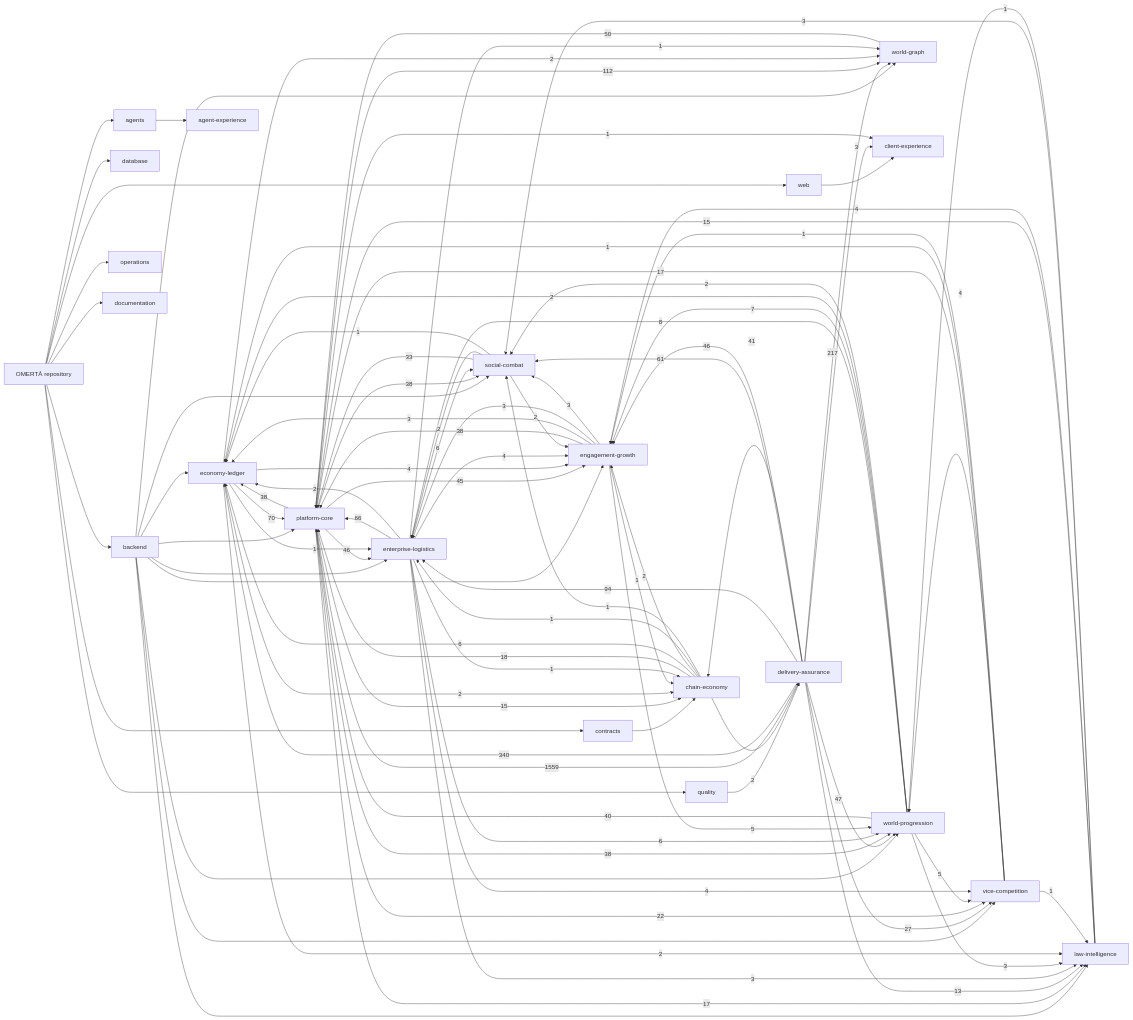
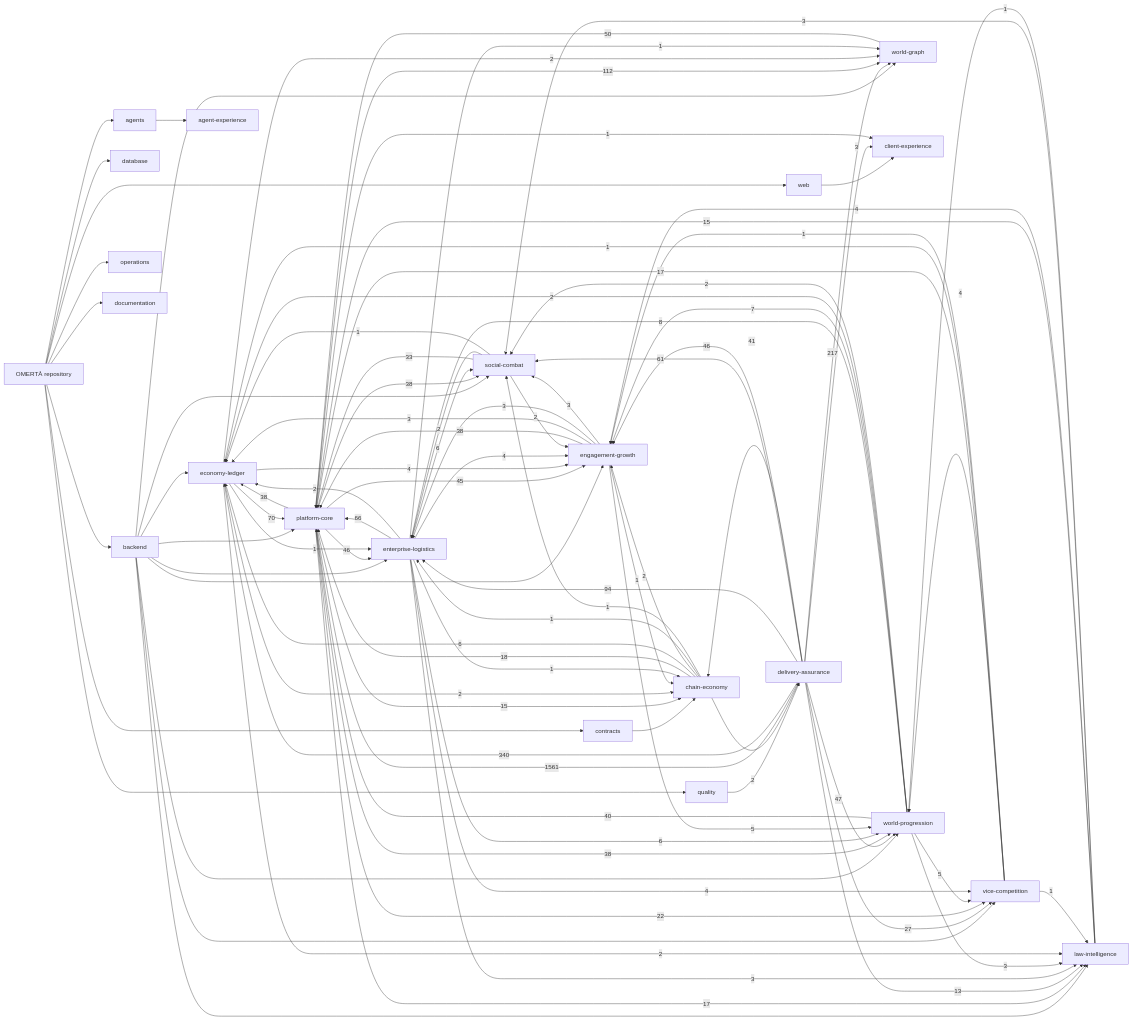
Before and after one commit to OmertaDev/Omerta: the diagram in knowledge/generated/graph.mmd, drawn with Mermaid. The commit also changed 5 other files, not shown here.

```diff
--- a/knowledge/generated/graph.mmd
+++ b/knowledge/generated/graph.mmd
@@ -1,113 +1,113 @@
 flowchart LR
   repo["OMERTÀ repository"]
   sub_backend["backend"]
   repo --> sub_backend
   sub_database["database"]
   repo --> sub_database
   sub_web["web"]
   repo --> sub_web
   sub_contracts["contracts"]
   repo --> sub_contracts
   sub_agents["agents"]
   repo --> sub_agents
   sub_quality["quality"]
   repo --> sub_quality
   sub_operations["operations"]
   repo --> sub_operations
   sub_documentation["documentation"]
   repo --> sub_documentation
   dom_platform-core["platform-core"]
   dom_economy-ledger["economy-ledger"]
   dom_social-combat["social-combat"]
   dom_world-progression["world-progression"]
   dom_world-graph["world-graph"]
   dom_enterprise-logistics["enterprise-logistics"]
   dom_vice-competition["vice-competition"]
   dom_law-intelligence["law-intelligence"]
   dom_chain-economy["chain-economy"]
   dom_engagement-growth["engagement-growth"]
   dom_client-experience["client-experience"]
   dom_agent-experience["agent-experience"]
   dom_delivery-assurance["delivery-assurance"]
   sub_agents --> dom_agent-experience
   sub_backend --> dom_economy-ledger
   sub_backend --> dom_engagement-growth
   sub_backend --> dom_enterprise-logistics
   sub_backend --> dom_law-intelligence
   sub_backend --> dom_platform-core
   sub_backend --> dom_social-combat
   sub_backend --> dom_vice-competition
   sub_backend --> dom_world-graph
   sub_backend --> dom_world-progression
   sub_contracts --> dom_chain-economy
   sub_quality --> dom_delivery-assurance
   sub_web --> dom_client-experience
-  dom_delivery-assurance -->|1559| dom_platform-core
+  dom_delivery-assurance -->|1561| dom_platform-core
   dom_delivery-assurance -->|340| dom_economy-ledger
   dom_delivery-assurance -->|217| dom_world-graph
   dom_platform-core -->|112| dom_world-graph
   dom_delivery-assurance -->|94| dom_enterprise-logistics
   dom_economy-ledger -->|70| dom_platform-core
   dom_enterprise-logistics -->|66| dom_platform-core
   dom_delivery-assurance -->|61| dom_social-combat
   dom_world-graph -->|50| dom_platform-core
   dom_delivery-assurance -->|47| dom_world-progression
   dom_delivery-assurance -->|46| dom_engagement-growth
   dom_platform-core -->|46| dom_enterprise-logistics
   dom_platform-core -->|45| dom_engagement-growth
   dom_delivery-assurance -->|41| dom_chain-economy
   dom_world-progression -->|40| dom_platform-core
   dom_engagement-growth -->|38| dom_platform-core
   dom_platform-core -->|38| dom_economy-ledger
   dom_platform-core -->|38| dom_social-combat
   dom_platform-core -->|38| dom_world-progression
   dom_social-combat -->|33| dom_platform-core
   dom_delivery-assurance -->|27| dom_vice-competition
   dom_platform-core -->|22| dom_vice-competition
   dom_chain-economy -->|18| dom_platform-core
   dom_platform-core -->|17| dom_law-intelligence
   dom_vice-competition -->|17| dom_platform-core
   dom_law-intelligence -->|15| dom_platform-core
   dom_platform-core -->|15| dom_chain-economy
   dom_delivery-assurance -->|13| dom_law-intelligence
   dom_world-progression -->|8| dom_enterprise-logistics
   dom_world-progression -->|7| dom_engagement-growth
   dom_chain-economy -->|6| dom_economy-ledger
   dom_enterprise-logistics -->|6| dom_social-combat
   dom_enterprise-logistics -->|6| dom_world-progression
   dom_engagement-growth -->|5| dom_world-progression
   dom_world-progression -->|5| dom_vice-competition
   dom_economy-ledger -->|4| dom_engagement-growth
   dom_enterprise-logistics -->|4| dom_engagement-growth
   dom_enterprise-logistics -->|4| dom_vice-competition
   dom_law-intelligence -->|4| dom_engagement-growth
   dom_vice-competition -->|4| dom_world-progression
   dom_delivery-assurance -->|3| dom_client-experience
   dom_engagement-growth -->|3| dom_economy-ledger
   dom_engagement-growth -->|3| dom_enterprise-logistics
   dom_engagement-growth -->|3| dom_social-combat
   dom_enterprise-logistics -->|3| dom_law-intelligence
   dom_law-intelligence -->|3| dom_social-combat
   dom_world-progression -->|3| dom_law-intelligence
   dom_chain-economy -->|2| dom_delivery-assurance
   dom_chain-economy -->|2| dom_engagement-growth
   dom_economy-ledger -->|2| dom_chain-economy
   dom_economy-ledger -->|2| dom_law-intelligence
   dom_economy-ledger -->|2| dom_world-graph
   dom_enterprise-logistics -->|2| dom_economy-ledger
   dom_social-combat -->|2| dom_engagement-growth
   dom_social-combat -->|2| dom_enterprise-logistics
   dom_world-progression -->|2| dom_economy-ledger
   dom_world-progression -->|2| dom_social-combat
   dom_chain-economy -->|1| dom_enterprise-logistics
   dom_chain-economy -->|1| dom_social-combat
   dom_economy-ledger -->|1| dom_enterprise-logistics
   dom_engagement-growth -->|1| dom_chain-economy
   dom_enterprise-logistics -->|1| dom_chain-economy
   dom_enterprise-logistics -->|1| dom_world-graph
   dom_law-intelligence -->|1| dom_world-progression
   dom_platform-core -->|1| dom_client-experience
   dom_social-combat -->|1| dom_economy-ledger
   dom_vice-competition -->|1| dom_economy-ledger
   dom_vice-competition -->|1| dom_engagement-growth
   dom_vice-competition -->|1| dom_law-intelligence
```
